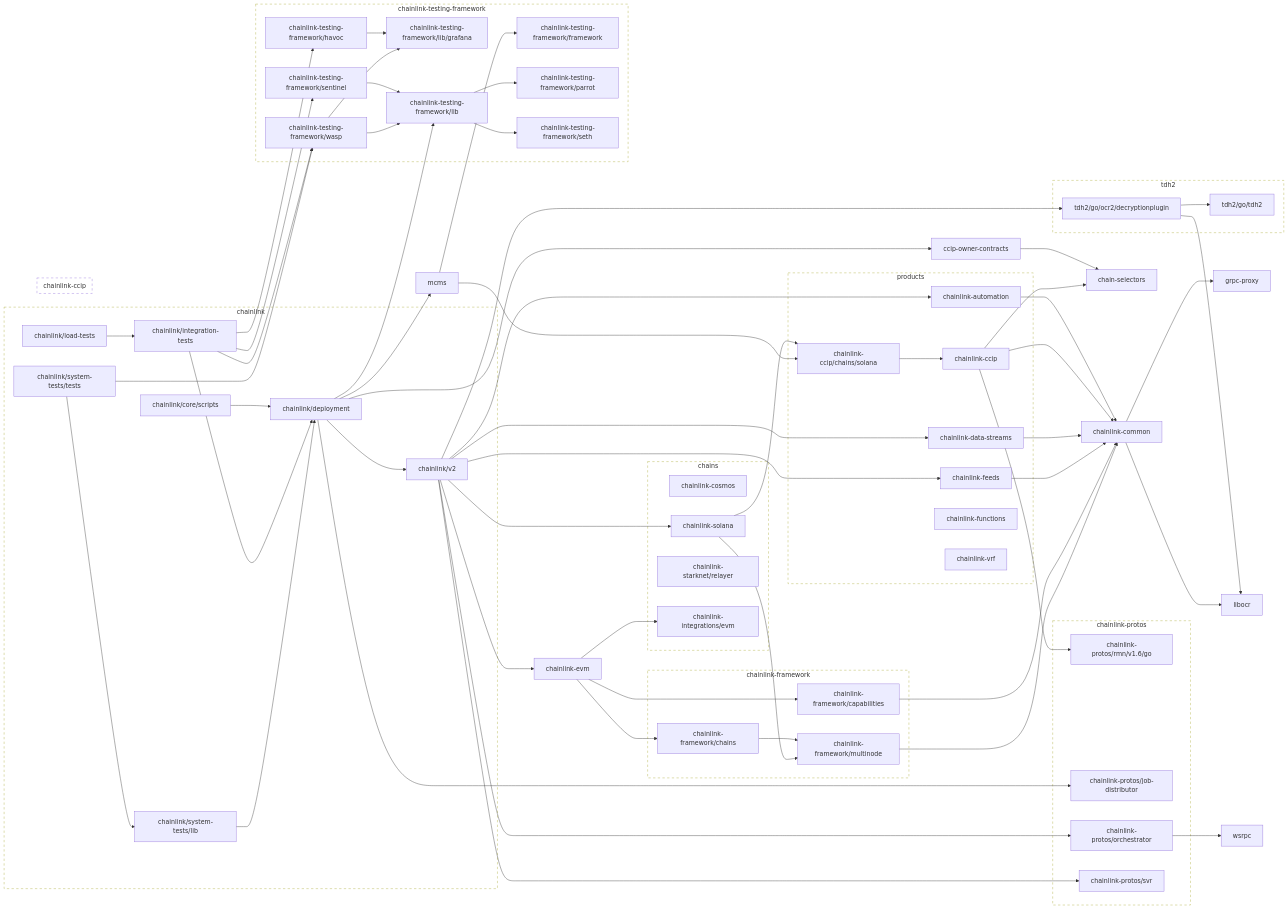
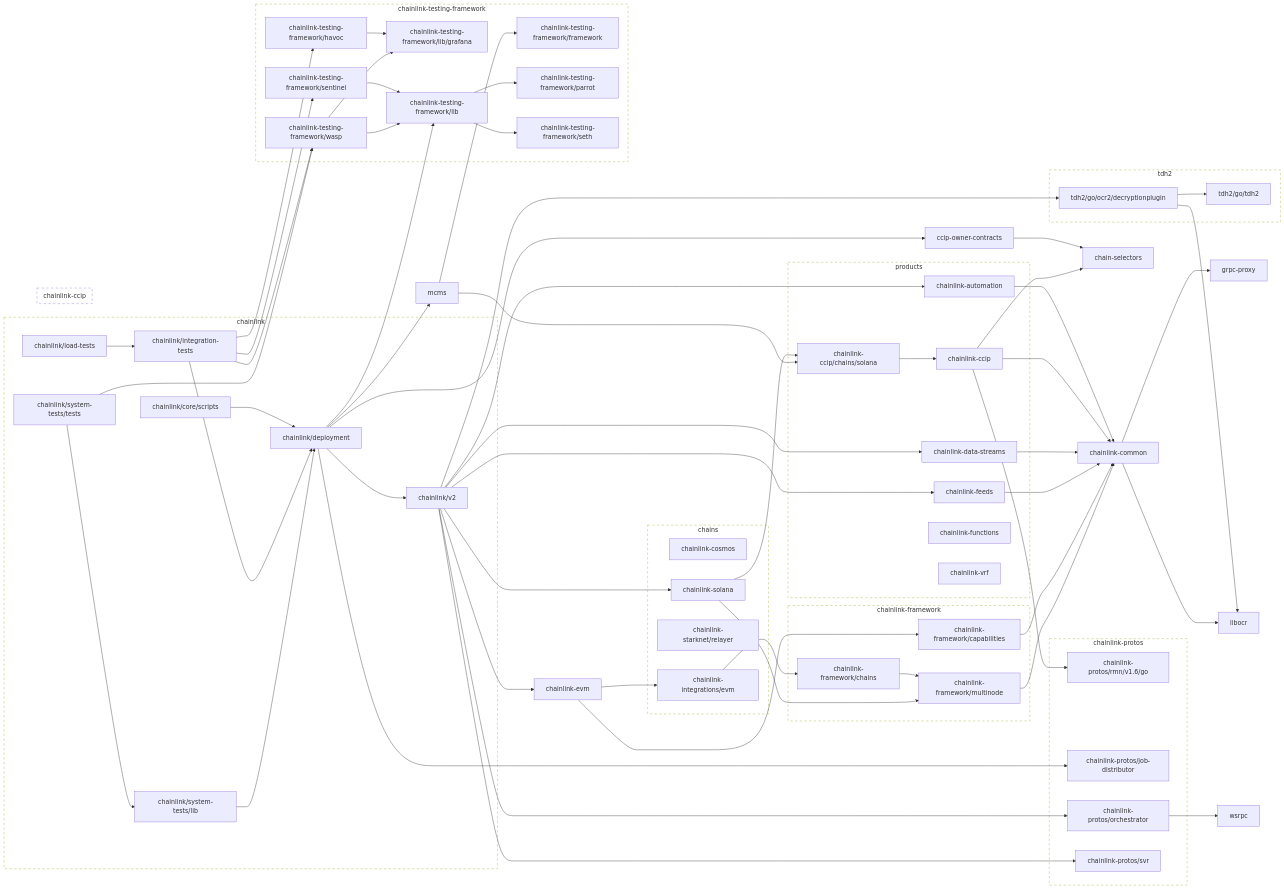
Before and after one commit to smartcontractkit/chainlink: the second of 2 diagrams in go.md, drawn with Mermaid.

Commit message:
make generate

```diff
--- a/go.md
+++ b/go.md
@@ -151,7 +151,6 @@
 	chainlink-data-streams --> chainlink-common
 	click chainlink-data-streams href "https://github.com/smartcontractkit/chainlink-data-streams"
 	chainlink-evm --> chainlink-framework/capabilities
-	chainlink-evm --> chainlink-framework/chains
 	chainlink-evm --> chainlink-integrations/evm
 	click chainlink-evm href "https://github.com/smartcontractkit/chainlink-evm"
 	chainlink-feeds --> chainlink-common
@@ -162,7 +161,7 @@
 	click chainlink-framework/chains href "https://github.com/smartcontractkit/chainlink-framework"
 	chainlink-framework/multinode --> chainlink-common
 	click chainlink-framework/multinode href "https://github.com/smartcontractkit/chainlink-framework"
-	chainlink-integrations/evm
+	chainlink-integrations/evm --> chainlink-framework/chains
 	click chainlink-integrations/evm href "https://github.com/smartcontractkit/chainlink-integrations"
 	chainlink-protos/job-distributor
 	click chainlink-protos/job-distributor href "https://github.com/smartcontractkit/chainlink-protos"
```
